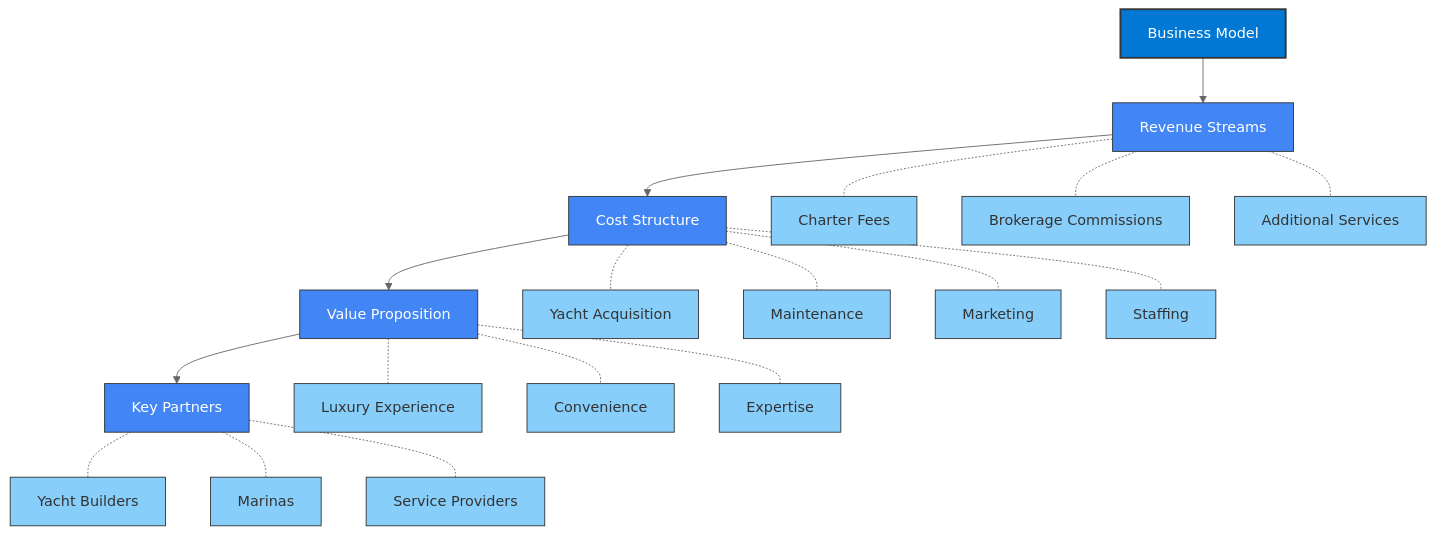
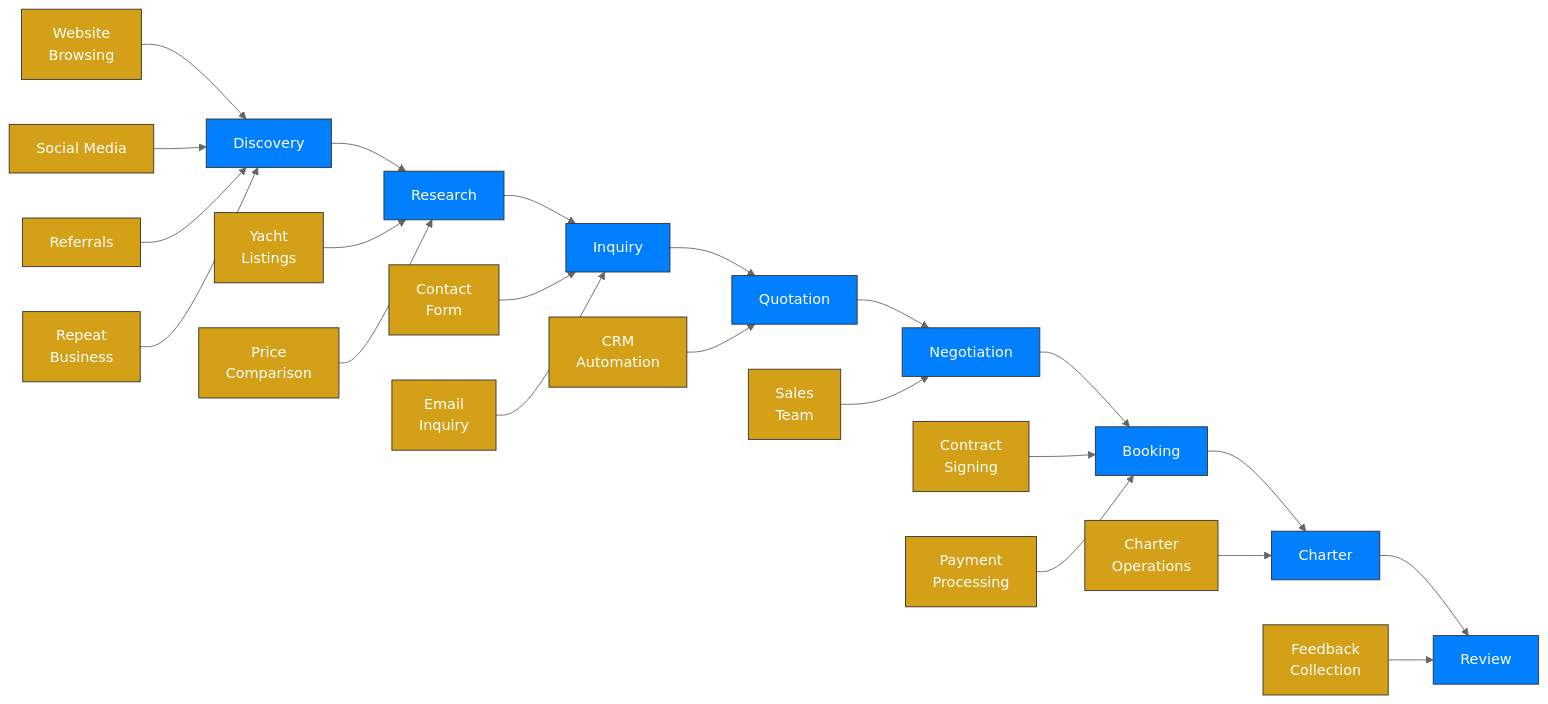
Before and after one commit to szemkoff/azurecharters: the second of 7 diagrams in docs/framework-overview.md, drawn with Mermaid. The commit also changed other lines of this file and 5 other files, not shown here.

````diff
--- a/docs/framework-overview.md
+++ b/docs/framework-overview.md
@@ -70,42 +75,40 @@
 ```mermaid
-%%{init: {'securityLevel': 'loose', 'theme': 'neutral'}}%%
-graph TD
-    A[Business Model]
+%%{init: {'theme': 'neutral'}}%%
+flowchart LR
+    A[Discovery] --> B[Research]
+    B --> C[Inquiry]
+    C --> D[Quotation]
+    D --> E[Negotiation]
+    E --> F[Booking]
+    F --> G[Charter]
+    G --> H[Review]
     
-    %% Force vertical layout
-    A --> B[Revenue Streams]
-    B --> C[Cost Structure]
-    C --> D[Value Proposition]
-    D --> E[Key Partners]
+    A1[Website<br/>Browsing] --> A
+    A2[Social Media] --> A
+    A3[Referrals] --> A
     
-    %% Revenue Streams details
-    B -.- B1[Charter Fees]
-    B -.- B2[Brokerage Commissions]
-    B -.- B3[Additional Services]
+    B1[Yacht<br/>Listings] --> B
+    B2[Price<br/>Comparison] --> B
     
-    %% Cost Structure details
-    C -.- C1[Yacht Acquisition]
-    C -.- C2[Maintenance]
-    C -.- C3[Marketing]
-    C -.- C4[Staffing]
+    C1[Contact<br/>Form] --> C
+    C2[Email<br/>Inquiry] --> C
     
-    %% Value Proposition details
-    D -.- D1[Luxury Experience]
-    D -.- D2[Convenience]
-    D -.- D3[Expertise]
+    D1[CRM<br/>Automation] --> D
     
-    %% Key Partners details
-    E -.- E1[Yacht Builders]
-    E -.- E2[Marinas]
-    E -.- E3[Service Providers]
+    E1[Sales<br/>Team] --> E
     
-    %% Styling
-    classDef mainNode fill:#0078D4,color:#ffffff,stroke:#333,stroke-width:2px;
-    classDef componentNode fill:#4285F4,color:#ffffff,stroke:#333,stroke-width:1px;
-    classDef detailNode fill:#87CEFA,color:#333,stroke:#333,stroke-width:1px;
+    F1[Contract<br/>Signing] --> F
+    F2[Payment<br/>Processing] --> F
     
-    %% Apply styles
-    class A mainNode;
-    class B,C,D,E componentNode;
-    class B1,B2,B3,C1,C2,C3,C4,D1,D2,D3,E1,E2,E3 detailNode;
+    G1[Charter<br/>Operations] --> G
+    
+    H1[Feedback<br/>Collection] --> H
+    H2[Repeat<br/>Business] --> A
+    
+    classDef primary fill:#007FFF,color:#ffffff,stroke:#333,stroke-width:1px;
+    classDef secondary fill:#00A36C,color:#ffffff,stroke:#333,stroke-width:1px;
+    classDef tertiary fill:#D4A017,color:#ffffff,stroke:#333,stroke-width:1px;
+    
+    class A,B,C,D,E,F,G,H primary;
+    class A1,A2,A3,B1,B2,C1,C2,D1,E1,F1,F2,G1,H1,H2 tertiary;
 ```
````
